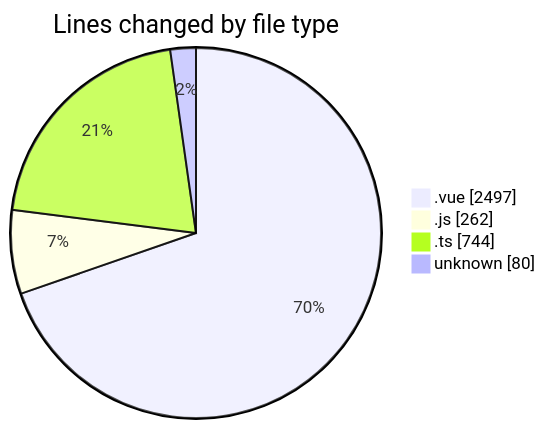
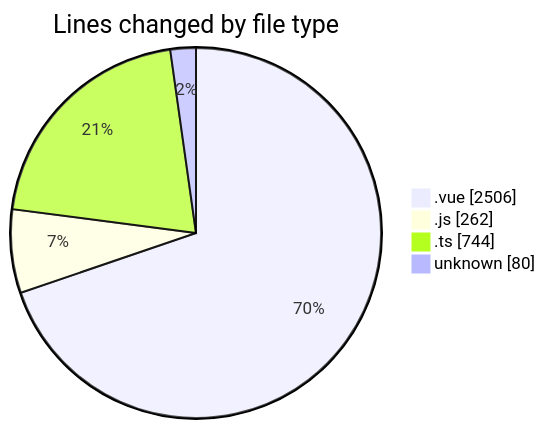
Before and after one commit to lephambinh05/code-tracking: the first of 2 diagrams in 2025-08-11/rentotp/README.md, drawn with Mermaid. The commit also changed other lines of this file and 1 other file, not shown here.

````diff
--- a/2025-08-11/rentotp/README.md
+++ b/2025-08-11/rentotp/README.md
@@ -36,8 +36,8 @@
 ```mermaid
 pie showData
 title Lines changed by file type
-".vue" : 2497
+".vue" : 2506
 ".js" : 262
 ".ts" : 744
 "unknown" : 80
 ```
````
